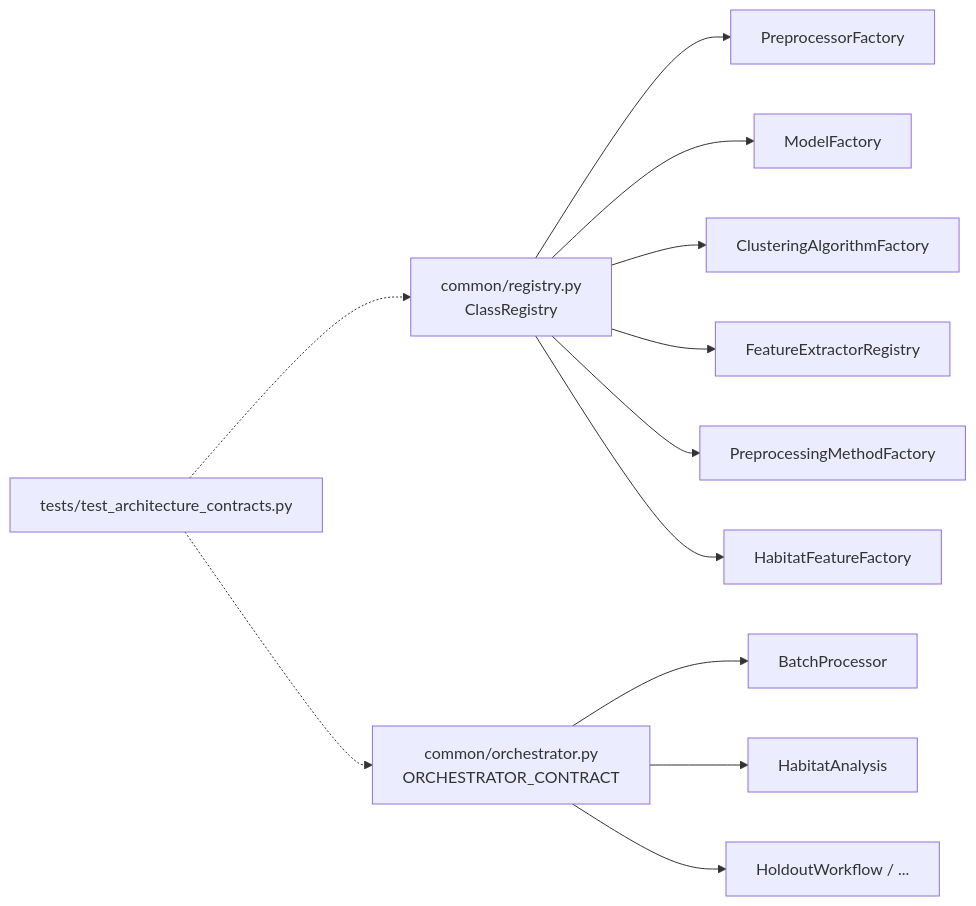
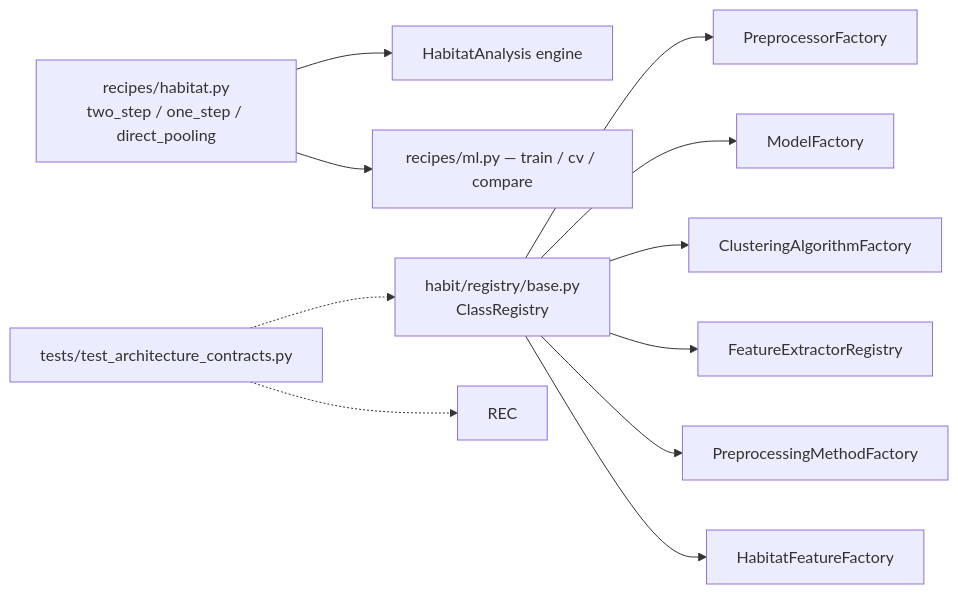
Before and after one commit to lichao312214129/HABIT: the second of 2 diagrams in docs/source/development/repo_layout.rst, drawn with Mermaid. The commit also changed other lines of this file and 424 other files, not shown here.

First line of the commit message:
v1.0.0: API-first refactor — remove habit.core, add recipes/contracts/compat layers

```diff
--- a/docs/source/development/repo_layout.rst
+++ b/docs/source/development/repo_layout.rst
@@ -143,16 +137,15 @@
 .. mermaid::
 
    flowchart LR
-     REG["common/registry.py<br/>ClassRegistry"] --> PF["PreprocessorFactory"]
+     REG["habit/registry/base.py<br/>ClassRegistry"] --> PF["PreprocessorFactory"]
      REG --> MF["ModelFactory"]
      REG --> CF["ClusteringAlgorithmFactory"]
      REG --> EF["FeatureExtractorRegistry"]
      REG --> PP["PreprocessingMethodFactory"]
      REG --> HF["HabitatFeatureFactory"]
 
-     ORC["common/orchestrator.py<br/>ORCHESTRATOR_CONTRACT"] --> BP["BatchProcessor"]
-     ORC --> HA["HabitatAnalysis"]
-     ORC --> HW["HoldoutWorkflow / ..."]
+     ORC["recipes/habitat.py<br/>two_step / one_step / direct_pooling"] --> HA["HabitatAnalysis engine"]
+     ORC --> HW["recipes/ml.py — train / cv / compare"]
 
      TST["tests/test_architecture_contracts.py"] -.-> REG
-     TST -.-> ORC
+     TST -.-> REC
```
